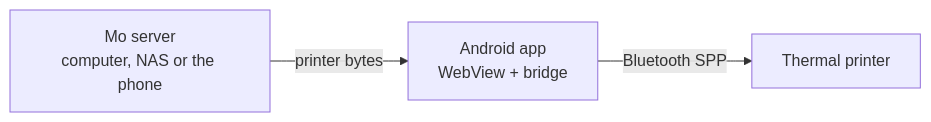
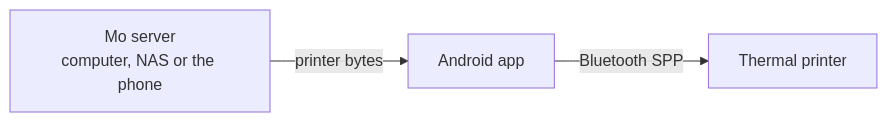
Before and after one commit to mo-mobile/mo-mobile: the diagram in docs/PHONE_PRINTING.md, drawn with Mermaid. The commit also changed other lines of this file and 1 other file, not shown here.

````diff
--- a/docs/PHONE_PRINTING.md
+++ b/docs/PHONE_PRINTING.md
@@ -9,5 +7,5 @@
 ```mermaid
 flowchart LR
-    A[Mo server<br/>computer, NAS or the phone] -->|printer bytes| B[Android app<br/>WebView + bridge]
+    A[Mo server<br/>computer, NAS or the phone] -->|printer bytes| B[Android app]
     B -->|Bluetooth SPP| C[Thermal printer]
 ```
````
